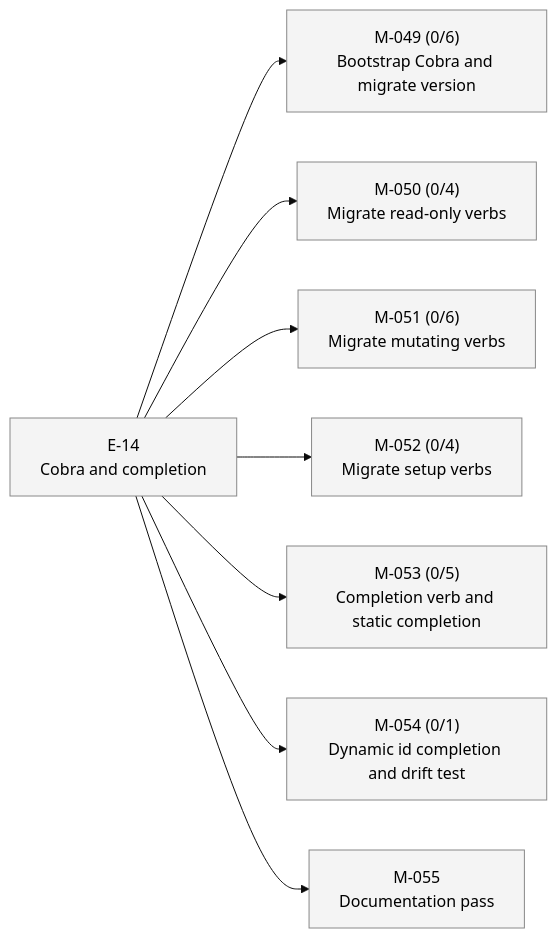
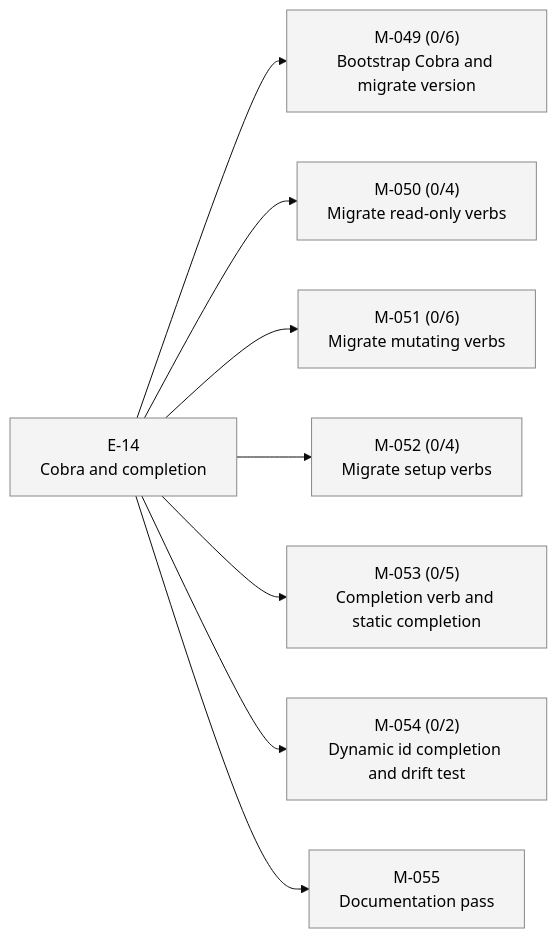
The second of 2 diagrams in STATUS.md (23min/aiwf), drawn with Mermaid (base theme) before and after one commit. The commit also changed other lines of this file and 1 other file, not shown here.

First line of the commit message:
aiwf add ac M-054/AC-2 "Graceful no-op completion when cwd is not a valid aiwf project"

````diff
--- a/STATUS.md
+++ b/STATUS.md
@@ -38,24 +38,24 @@
 ```mermaid
 flowchart LR
   E_14["E-14<br/>Cobra and completion"]:::epic_proposed
   M_049["M-049 (0/6)<br/>Bootstrap Cobra and migrate version"]:::ms_draft
   E_14 --> M_049
   M_050["M-050 (0/4)<br/>Migrate read-only verbs"]:::ms_draft
   E_14 --> M_050
   M_051["M-051 (0/6)<br/>Migrate mutating verbs"]:::ms_draft
   E_14 --> M_051
   M_052["M-052 (0/4)<br/>Migrate setup verbs"]:::ms_draft
   E_14 --> M_052
   M_053["M-053 (0/5)<br/>Completion verb and static completion"]:::ms_draft
   E_14 --> M_053
-  M_054["M-054 (0/1)<br/>Dynamic id completion and drift test"]:::ms_draft
+  M_054["M-054 (0/2)<br/>Dynamic id completion and drift test"]:::ms_draft
   E_14 --> M_054
   M_055["M-055<br/>Documentation pass"]:::ms_draft
   E_14 --> M_055
   classDef epic_active fill:#d6eaff,stroke:#1a73e8,color:#000
   classDef epic_proposed fill:#f4f4f4,stroke:#888,color:#000
   classDef ms_done fill:#d8f5d8,stroke:#2a8a2a,color:#000
   classDef ms_in_progress fill:#fff3c4,stroke:#caa400,color:#000
   classDef ms_draft fill:#f4f4f4,stroke:#888,color:#000
   classDef ms_cancelled fill:#fbeaea,stroke:#c33,color:#000
 ```
````
